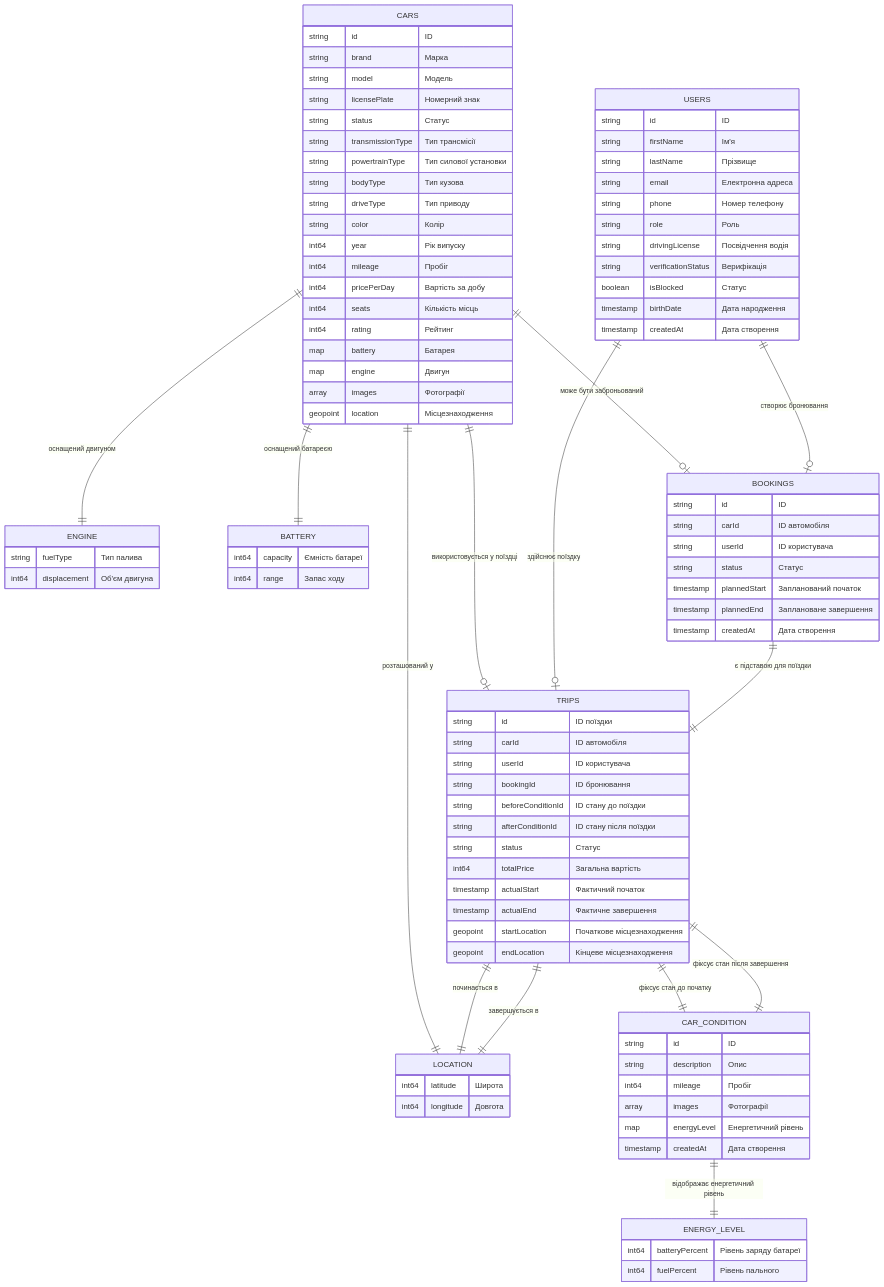
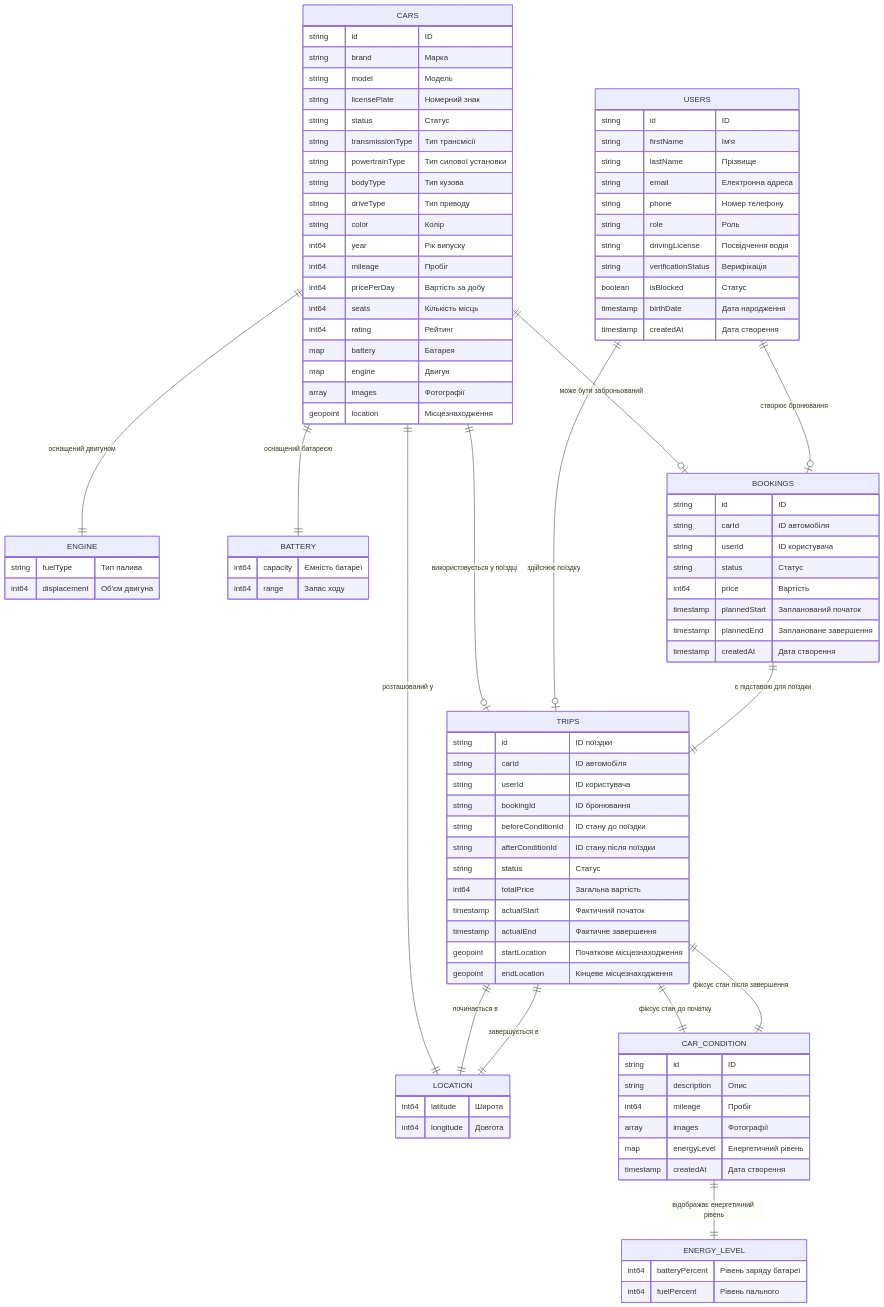
The diagram in src/diagrams/firestoreDatabase.mmd (rostyslavcheremys/carsharing-admin-panel), drawn with Mermaid before and after one commit. The commit also changed 2 other files, not shown here.

Commit message:
feat: add price field to car model and create class diagrams for auth and data models

```diff
--- a/src/diagrams/firestoreDatabase.mmd
+++ b/src/diagrams/firestoreDatabase.mmd
@@ -1,114 +1,115 @@
 ---
 config:
   theme: default
   look: classic
 ---
 erDiagram
     CARS {
         string id "ID"
         string brand "Марка"
         string model "Модель"
         string licensePlate "Номерний знак"
         string status "Статус"
         string transmissionType "Тип трансмісії"
         string powertrainType "Тип силової установки"
         string bodyType "Тип кузова"
         string driveType "Тип приводу"
         string color "Колір"
         int64 year "Рік випуску"
         int64 mileage "Пробіг"
         int64 pricePerDay "Вартість за добу"
         int64 seats "Кількість місць"
         int64 rating "Рейтинг"
         map battery "Батарея"
         map engine "Двигун"
         array images "Фотографії"
         geopoint location "Місцезнаходження"
     }
 
     ENGINE {
         string fuelType "Тип палива"
         int64 displacement "Об'єм двигуна"
     }
 
     BATTERY {
         int64 capacity "Ємність батареї"
         int64 range "Запас ходу"
     }
 
     LOCATION {
         int64 latitude "Широта"
         int64 longitude "Довгота"
     }
 
     USERS {
         string id "ID"
         string firstName "Ім'я"
         string lastName "Прізвище"
         string email "Електронна адреса"
         string phone "Номер телефону"
         string role "Роль"
         string drivingLicense "Посвідчення водія"
         string verificationStatus "Верифікація"
         boolean isBlocked "Статус"
         timestamp birthDate "Дата народження"
         timestamp createdAt "Дата створення"
     }
 
     BOOKINGS {
         string id "ID"
         string carId "ID автомобіля"
         string userId "ID користувача"
         string status "Статус"
+        int64 price "Вартість"
         timestamp plannedStart "Запланований початок"
         timestamp plannedEnd "Заплановане завершення"
         timestamp createdAt "Дата створення"
     }
 
     TRIPS {
         string id "ID поїздки"
         string carId "ID автомобіля"
         string userId "ID користувача"
         string bookingId "ID бронювання"
         string beforeConditionId "ID стану до поїздки"
         string afterConditionId "ID стану після поїздки"
         string status "Статус"
         int64 totalPrice "Загальна вартість"
         timestamp actualStart "Фактичний початок"
         timestamp actualEnd "Фактичне завершення"
         geopoint startLocation "Початкове місцезнаходження"
         geopoint endLocation "Кінцеве місцезнаходження"
     }
 
     CAR_CONDITION {
         string id "ID"
         string description "Опис"
         int64 mileage "Пробіг"
         array images "Фотографії"
         map energyLevel "Енергетичний рівень"
         timestamp createdAt "Дата створення"
     }
 
     ENERGY_LEVEL {
         int64 batteryPercent "Рівень заряду батареї"
         int64 fuelPercent "Рівень пального"
     }
 
     CARS ||--|| ENGINE : "оснащений двигуном"
     CARS ||--|| BATTERY : "оснащений батареєю"
     CARS ||--|| LOCATION : "розташований у"
 
     CARS ||--o| BOOKINGS : "може бути заброньований"
     CARS ||--o| TRIPS : "використовується у поїздці"
 
     USERS ||--o| BOOKINGS : "створює бронювання"
     USERS ||--o| TRIPS : "здійснює поїздку"
 
     BOOKINGS ||--|| TRIPS : "є підставою для поїздки"
 
     TRIPS ||--|| CAR_CONDITION : "фіксує стан до початку"
     TRIPS ||--|| CAR_CONDITION : "фіксує стан після завершення"
     TRIPS ||--|| LOCATION : "починається в"
     TRIPS ||--|| LOCATION : "завершується в"
 
     CAR_CONDITION ||--|| ENERGY_LEVEL : "відображає енергетичний рівень"
```
